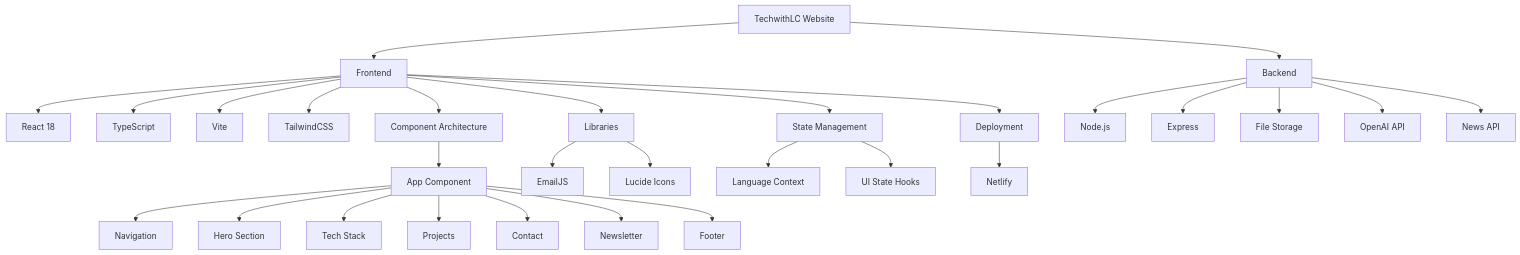
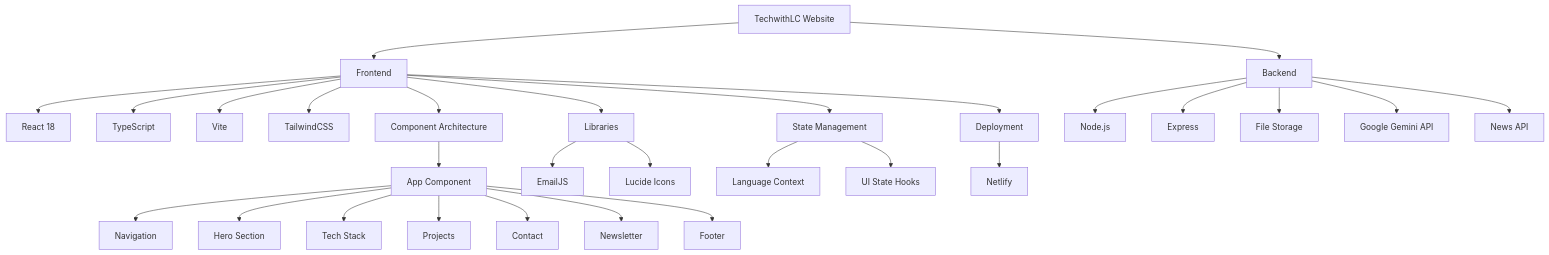
One commit to techwithlc/mywebsite changed the diagram in README.md. Above: the diagram before and after it, drawn with Mermaid. The commit also changed other lines of this file, not shown here.

Commit message:
Docs: Update README to reflect Gemini refactor and subscriber removal

````diff
--- a/README.md
+++ b/README.md
@@ -19,36 +19,36 @@
 ```mermaid
 flowchart TD
     A[TechwithLC Website] --> B[Frontend]
     B --> C[React 18]
     B --> D[TypeScript]
     B --> E[Vite]
     B --> F[TailwindCSS]
     
     B --> G[Component Architecture]
     G --> G1[App Component]
     G1 --> G2[Navigation]
     G1 --> G3[Hero Section]
     G1 --> G4[Tech Stack]
     G1 --> G5[Projects]
     G1 --> G6[Contact]
     G1 --> G7[Newsletter]
     G1 --> G8[Footer]
     
     B --> H[Libraries]
     H --> H1[EmailJS]
     H --> H2[Lucide Icons]
     
     B --> I[State Management]
     I --> I1[Language Context]
     I --> I2[UI State Hooks]
     
     B --> J[Deployment]
     J --> J1[Netlify]
     
     A --> K[Backend]
     K --> K1[Node.js]
     K --> K2[Express]
     K --> K3[File Storage]
-    K --> K4[OpenAI API]
+    K --> K4[Google Gemini API]
     K --> K5[News API]
 ```
````
